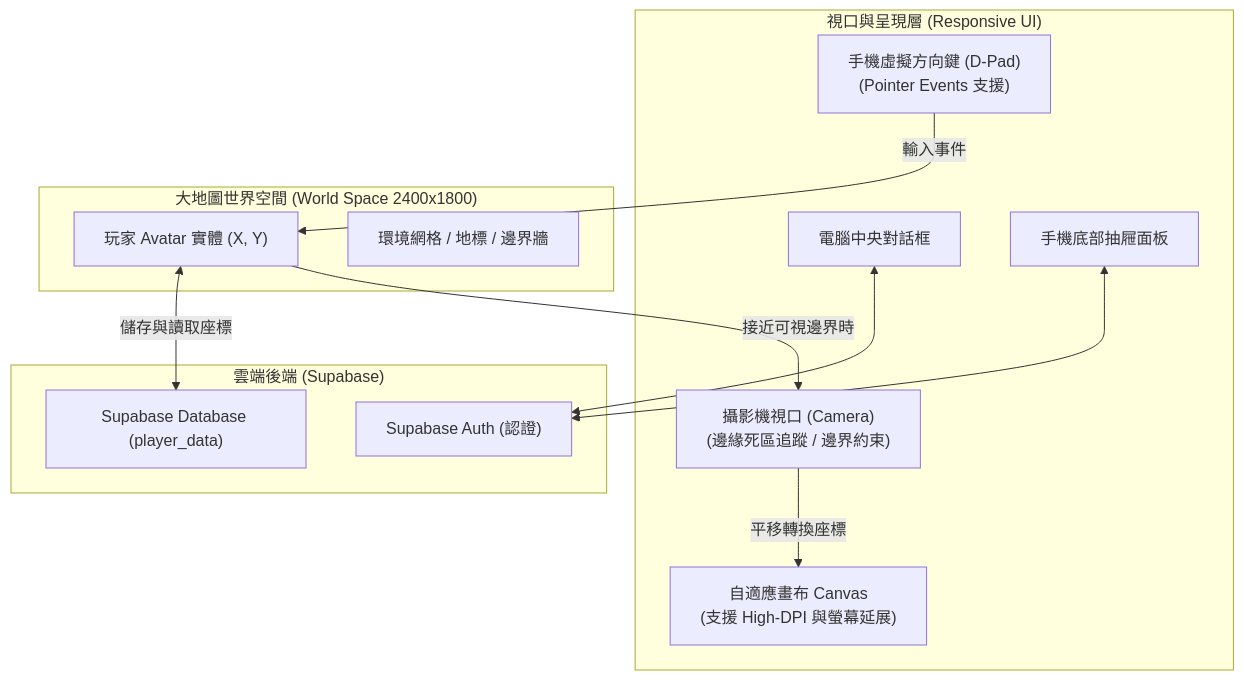
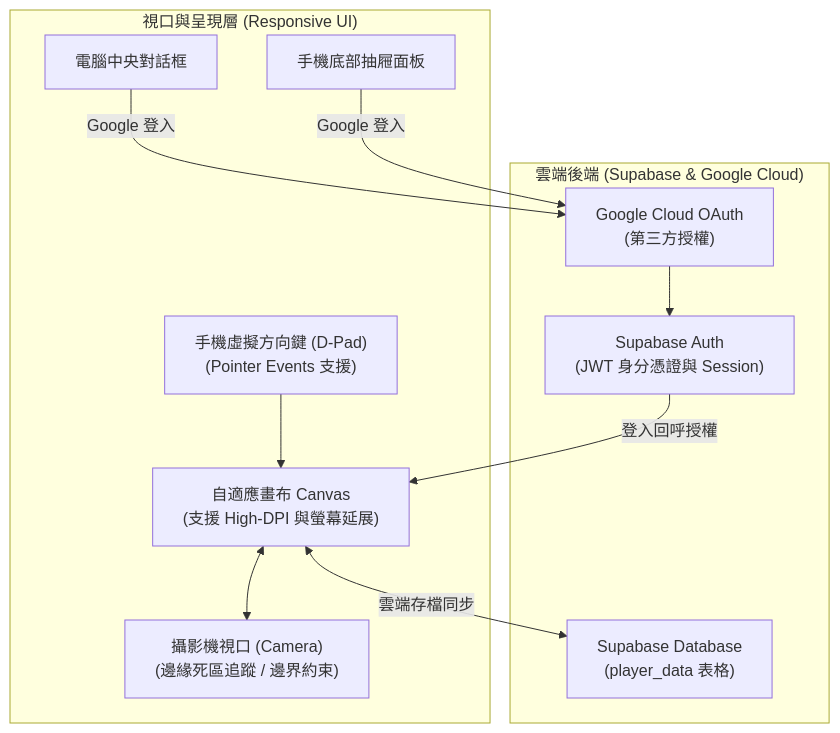
The diagram in README.md (icecat14159/ai-game-project), drawn with Mermaid before and after one commit. The commit also changed other lines of this file and 4 other files, not shown here.

````diff
--- a/README.md
+++ b/README.md
@@ -63,27 +62,24 @@
 ```mermaid
 flowchart TD
     subgraph Viewport["視口與呈現層 (Responsive UI)"]
         Canvas["自適應畫布 Canvas<br/>(支援 High-DPI 與螢幕延展)"]
         Camera["攝影機視口 (Camera)<br/>(邊緣死區追蹤 / 邊界約束)"]
         Touch["手機虛擬方向鍵 (D-Pad)<br/>(Pointer Events 支援)"]
         ModalDesktop["電腦中央對話框"]
         ModalMobile["手機底部抽屜面板"]
     end
 
-    subgraph World["大地圖世界空間 (World Space 2400x1800)"]
-        Player["玩家 Avatar 實體 (X, Y)"]
-        Grid["環境網格 / 地標 / 邊界牆"]
+    subgraph Backend["雲端後端 (Supabase & Google Cloud)"]
+        GoogleOAuth["Google Cloud OAuth<br/>(第三方授權)"]
+        SupaAuth["Supabase Auth<br/>(JWT 身分憑證與 Session)"]
+        SupaDB["Supabase Database<br/>(player_data 表格)"]
     end
 
-    subgraph Backend["雲端後端 (Supabase)"]
-        SupaAuth["Supabase Auth (認證)"]
-        SupaDB["Supabase Database (player_data)"]
-    end
-
-    Player -->|接近可視邊界時| Camera
-    Camera -->|平移轉換座標| Canvas
-    Touch -->|輸入事件| Player
-    Player <-->|儲存與讀取座標| SupaDB
-    ModalDesktop <--> SupaAuth
-    ModalMobile <--> SupaAuth
+    ModalDesktop -->|Google 登入| GoogleOAuth
+    ModalMobile -->|Google 登入| GoogleOAuth
+    GoogleOAuth --> SupaAuth
+    SupaAuth -->|登入回呼授權| Canvas
+    Canvas <--> Camera
+    Touch --> Canvas
+    Canvas <-->|雲端存檔同步| SupaDB
 ```
````
